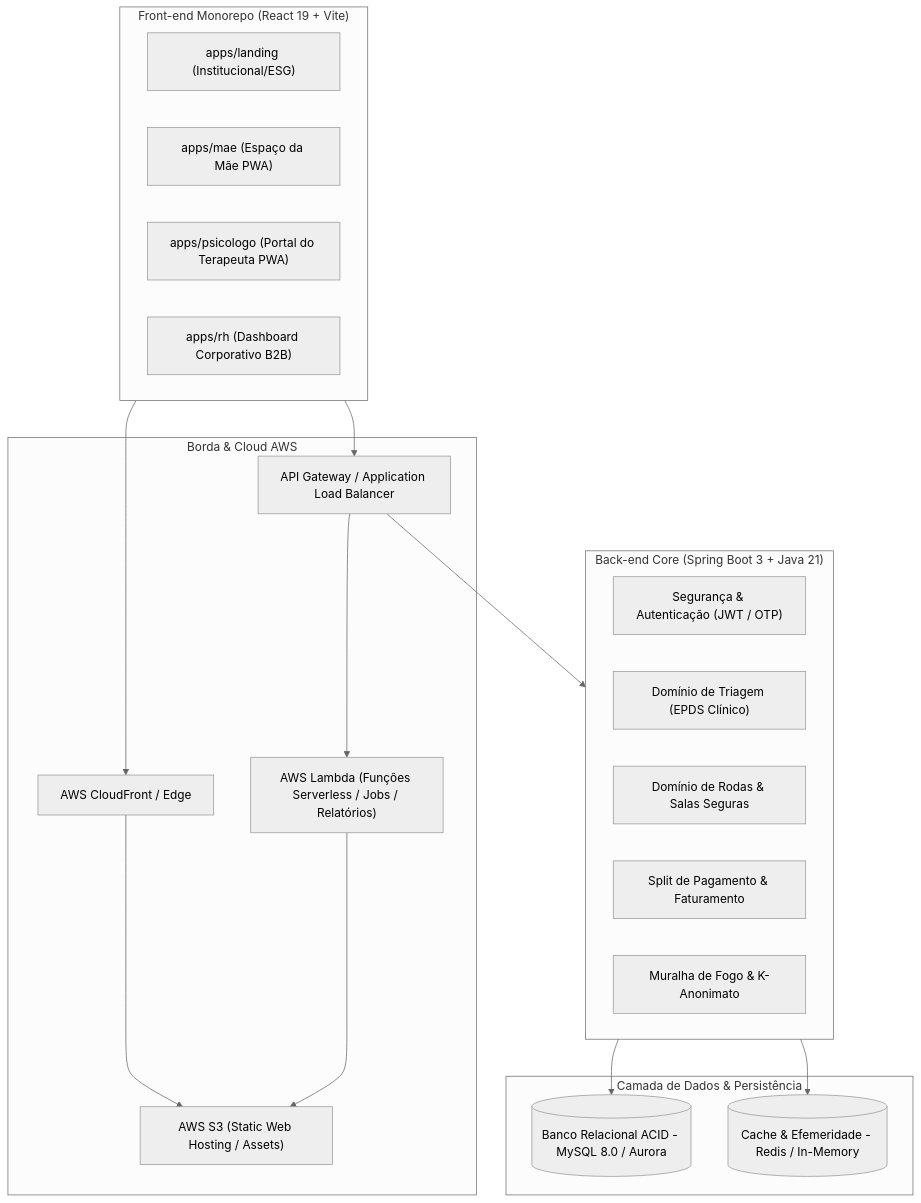
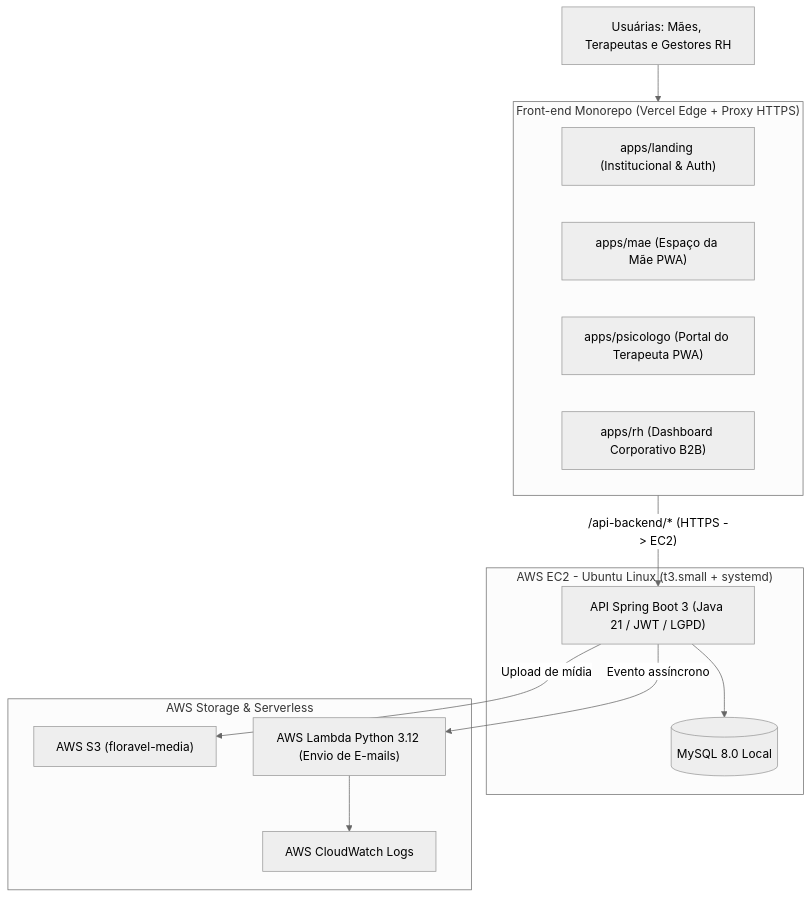
One commit to Daniellramos09/Froravel-Front changed the diagram in README.md. Above: the diagram before and after it, drawn with Mermaid (neutral theme). The commit also changed other lines of this file and 1 other file, not shown here.

Commit message:
docs(readme): estrutura README completo com pesquisa, stack com icones, equipe, logos PROA/Floravel e agradecimentos

````diff
--- a/README.md
+++ b/README.md
@@ -26,38 +105,29 @@
 ```mermaid
 flowchart TD
-    subgraph Clients["Front-end Monorepo (React 19 + Vite)"]
-        Landing["apps/landing (Institucional/ESG)"]
+    Users["Usuárias: Mães, Terapeutas e Gestores RH"]
+
+    subgraph VercelEdge["Front-end Monorepo (Vercel Edge + Proxy HTTPS)"]
+        Landing["apps/landing (Institucional & Auth)"]
         Mae["apps/mae (Espaço da Mãe PWA)"]
         Psi["apps/psicologo (Portal do Terapeuta PWA)"]
         RH["apps/rh (Dashboard Corporativo B2B)"]
     end
 
-    subgraph GatewayCloud["Borda & Cloud AWS"]
-        CloudFront["AWS CloudFront / Edge"]
-        S3Bucket["AWS S3 (Static Web Hosting / Assets)"]
-        APIGw["API Gateway / Application Load Balancer"]
-        Lambdas["AWS Lambda (Funções Serverless / Jobs / Relatórios)"]
+    subgraph AWSEC2["AWS EC2 - Ubuntu Linux (t3.small + systemd)"]
+        API["API Spring Boot 3 (Java 21 / JWT / LGPD)"]
+        DB[("MySQL 8.0 Local")]
     end
 
-    subgraph BackendCore["Back-end Core (Spring Boot 3 + Java 21)"]
-        AuthModule["Segurança & Autenticação (JWT / OTP)"]
-        TriagemModule["Domínio de Triagem (EPDS Clínico)"]
-        RodaModule["Domínio de Rodas & Salas Seguras"]
-        PagamentoModule["Split de Pagamento & Faturamento"]
-        RHModule["Muralha de Fogo & K-Anonimato"]
+    subgraph AWSServices["AWS Storage & Serverless"]
+        S3["AWS S3 (floravel-media)"]
+        Lambda["AWS Lambda Python 3.12 (Envio de E-mails)"]
+        CW["AWS CloudWatch Logs"]
     end
 
-    subgraph DataStorage["Camada de Dados & Persistência"]
-        AuroraMySQL[("Banco Relacional ACID - MySQL 8.0 / Aurora")]
-        RedisCache[("Cache & Efemeridade - Redis / In-Memory")]
-    end
-
-    Clients --> CloudFront
-    CloudFront --> S3Bucket
-    Clients --> APIGw
-    APIGw --> Lambdas
-    APIGw --> BackendCore
-    BackendCore --> AuroraMySQL
-    BackendCore --> RedisCache
-    Lambdas --> S3Bucket
+    Users --> VercelEdge
+    VercelEdge -->|"/api-backend/* (HTTPS -> EC2)"| API
+    API --> DB
+    API -->|"Upload de mídia"| S3
+    API -->|"Evento assíncrono"| Lambda
+    Lambda --> CW
 ```
````
